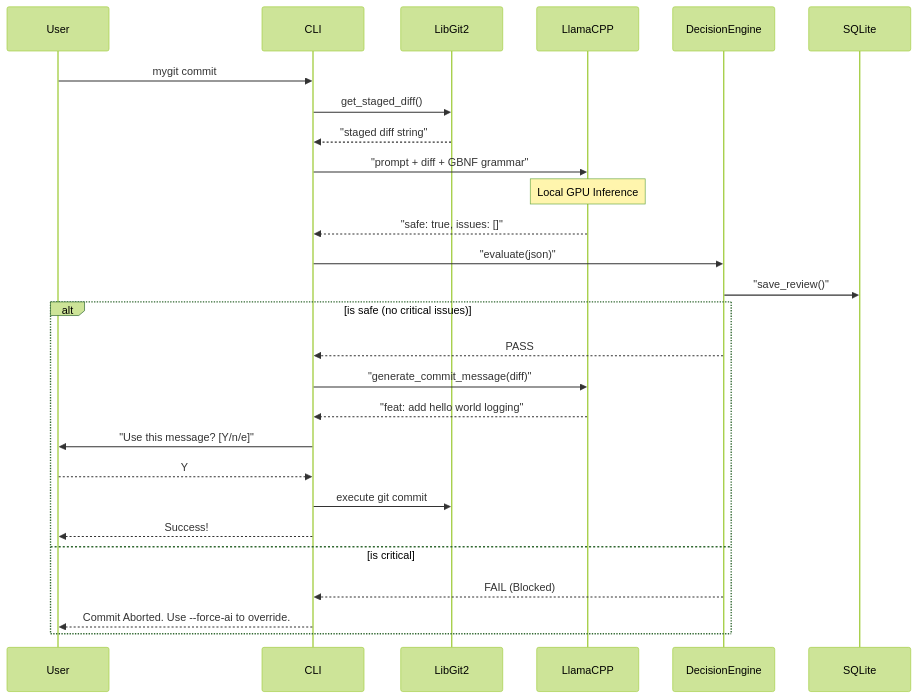
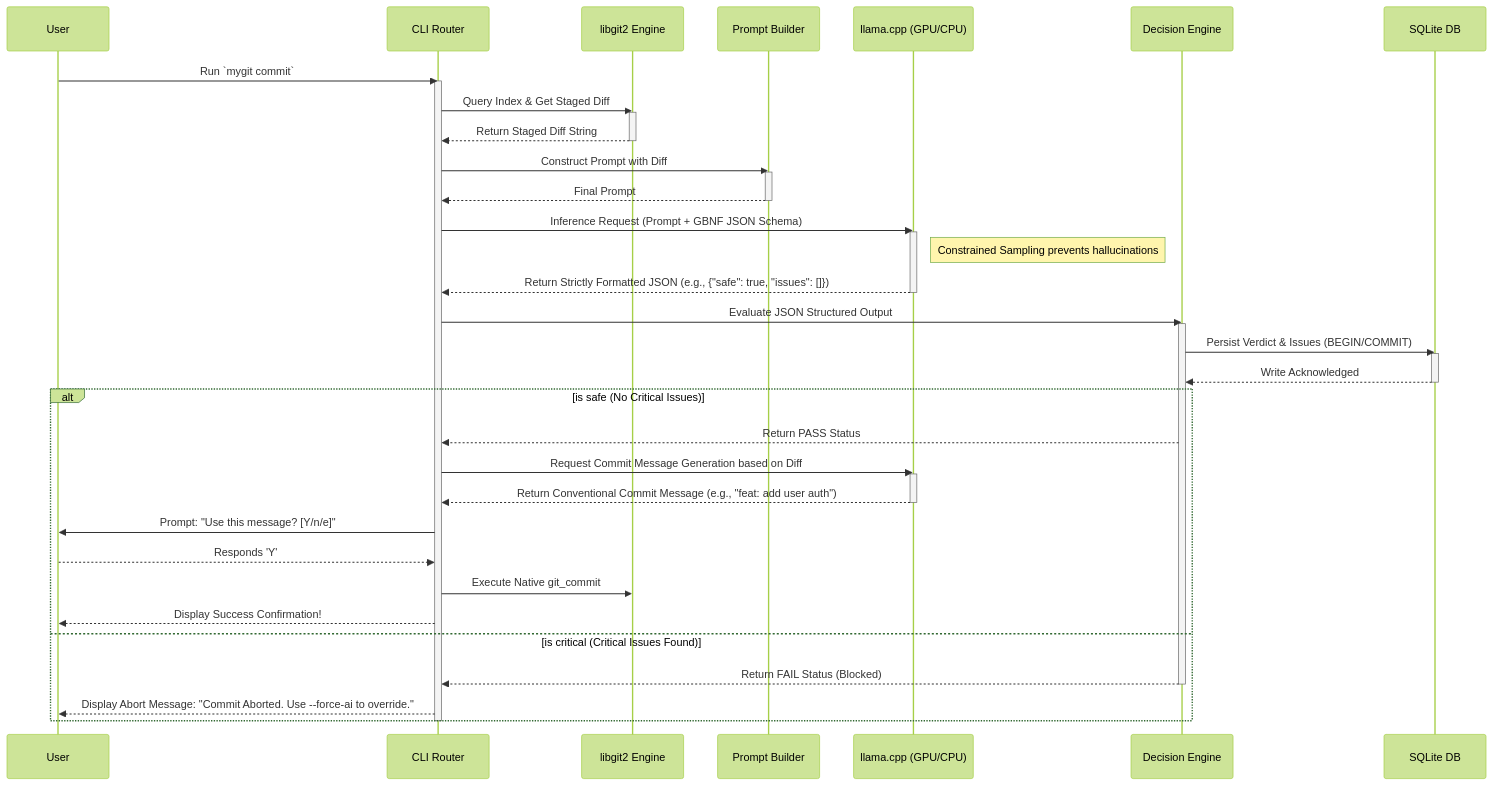
One commit to madhav-gfn/AI_code_reviewer_git changed the second of 2 diagrams in README.md. Above: the diagram before and after it, drawn with Mermaid (forest theme). The commit also changed other lines of this file, not shown here.

First line of the commit message:
docs: rewrite README with enhanced details and diagrams (#7)

````diff
--- a/README.md
+++ b/README.md
@@ -115,34 +128,55 @@
 ```mermaid
 sequenceDiagram
     participant User
-    participant CLI
-    participant LibGit2
-    participant LlamaCPP
-    participant DecisionEngine
-    participant SQLite
+    participant CLI as CLI Router
+    participant LibGit2 as libgit2 Engine
+    participant PromptBuild as Prompt Builder
+    participant LlamaCPP as llama.cpp (GPU/CPU)
+    participant Decision as Decision Engine
+    participant DB as SQLite DB
 
-    User->>CLI: mygit commit
-    CLI->>LibGit2: get_staged_diff()
-    LibGit2-->>CLI: "staged diff string"
-    CLI->>LlamaCPP: "prompt + diff + GBNF grammar"
+    User->>CLI: Run `mygit commit`
+    activate CLI
     
-    Note over LlamaCPP: Local GPU Inference
+    CLI->>LibGit2: Query Index & Get Staged Diff
+    activate LibGit2
+    LibGit2-->>CLI: Return Staged Diff String
+    deactivate LibGit2
     
-    LlamaCPP-->>CLI: "safe: true, issues: []"
-    CLI->>DecisionEngine: "evaluate(json)"
+    CLI->>PromptBuild: Construct Prompt with Diff
+    activate PromptBuild
+    PromptBuild-->>CLI: Final Prompt
+    deactivate PromptBuild
     
-    DecisionEngine->>SQLite: "save_review()"
+    CLI->>LlamaCPP: Inference Request (Prompt + GBNF JSON Schema)
+    activate LlamaCPP
+    Note right of LlamaCPP: Constrained Sampling prevents hallucinations
+    LlamaCPP-->>CLI: Return Strictly Formatted JSON (e.g., {"safe": true, "issues": []})
+    deactivate LlamaCPP
     
-    alt is safe (no critical issues)
-        DecisionEngine-->>CLI: PASS
-        CLI->>LlamaCPP: "generate_commit_message(diff)"
-        LlamaCPP-->>CLI: "feat: add hello world logging"
-        CLI->>User: "Use this message? [Y/n/e]"
-        User-->>CLI: Y
-        CLI->>LibGit2: execute git commit
-        CLI-->>User: Success!
-    else is critical
-        DecisionEngine-->>CLI: FAIL (Blocked)
-        CLI-->>User: Commit Aborted. Use --force-ai to override.
+    CLI->>Decision: Evaluate JSON Structured Output
+    activate Decision
+    Decision->>DB: Persist Verdict & Issues (BEGIN/COMMIT)
+    activate DB
+    DB-->>Decision: Write Acknowledged
+    deactivate DB
+
+    alt is safe (No Critical Issues)
+        Decision-->>CLI: Return PASS Status
+        CLI->>LlamaCPP: Request Commit Message Generation based on Diff
+        activate LlamaCPP
+        LlamaCPP-->>CLI: Return Conventional Commit Message (e.g., "feat: add user auth")
+        deactivate LlamaCPP
+
+        CLI->>User: Prompt: "Use this message? [Y/n/e]"
+        User-->>CLI: Responds 'Y'
+
+        CLI->>LibGit2: Execute Native git_commit
+        CLI-->>User: Display Success Confirmation!
+    else is critical (Critical Issues Found)
+        Decision-->>CLI: Return FAIL Status (Blocked)
+        deactivate Decision
+        CLI-->>User: Display Abort Message: "Commit Aborted. Use --force-ai to override."
     end
+    deactivate CLI
 ```
````
